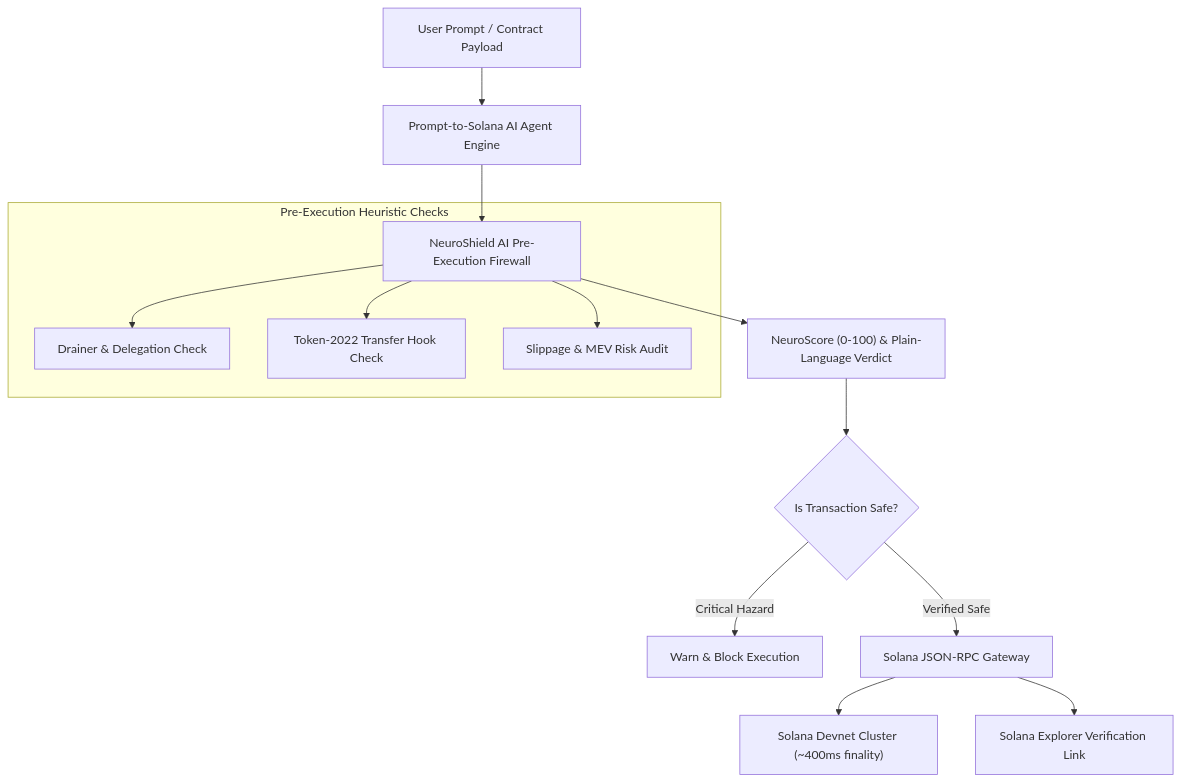
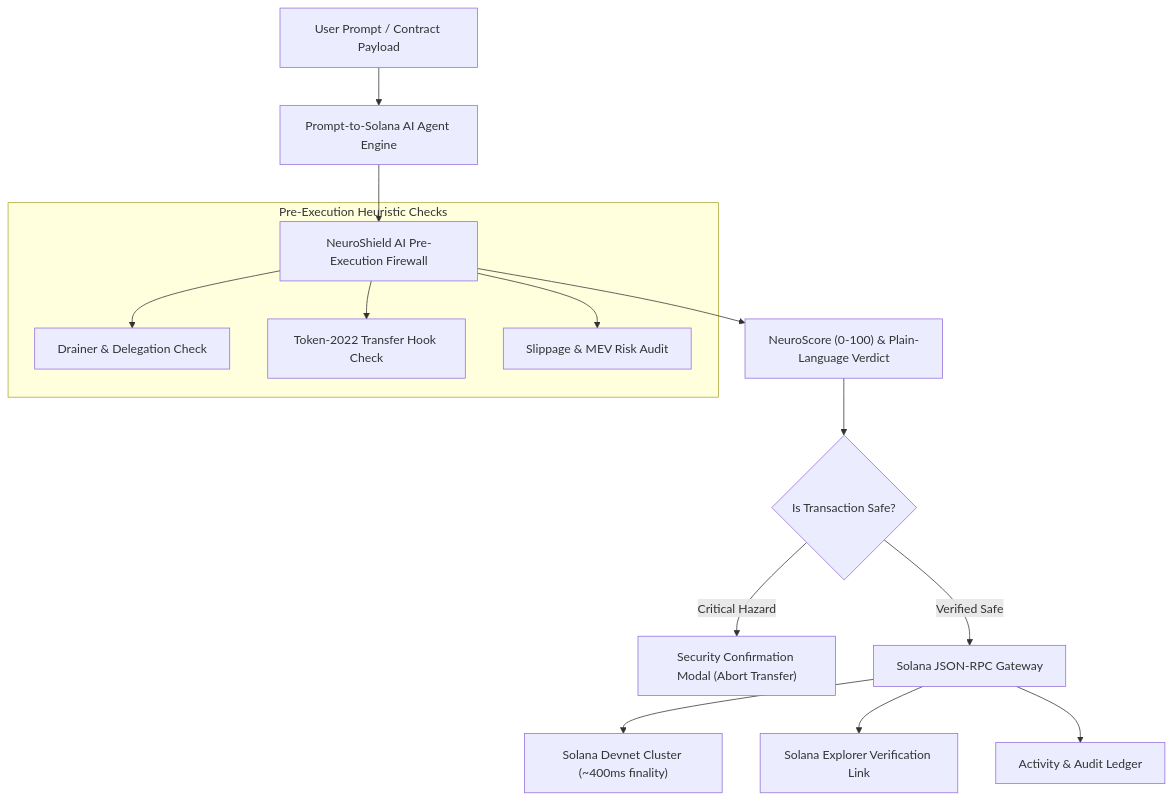
The diagram in README.md (Dev-Suraj-Dhawal/solana-neuroshield), drawn with Mermaid before and after one commit. The commit also changed other lines of this file and 9 other files, not shown here.

Commit message:
docs: add standard open-source documentation suite, architecture specs, and issue templates

````diff
--- a/README.md
+++ b/README.md
@@ -80,20 +101,21 @@
 ```mermaid
 flowchart TD
     User["User Prompt / Contract Payload"] --> Agent["Prompt-to-Solana AI Agent Engine"]
     Agent --> NeuroEngine["NeuroShield AI Pre-Execution Firewall"]
     
     subgraph PreExecutionChecks ["Pre-Execution Heuristic Checks"]
         NeuroEngine --> DrainerCheck["Drainer & Delegation Check"]
         NeuroEngine --> HoneypotCheck["Token-2022 Transfer Hook Check"]
         NeuroEngine --> SlippageCheck["Slippage & MEV Risk Audit"]
     end
     
     NeuroEngine --> Score["NeuroScore (0-100) & Plain-Language Verdict"]
     Score --> Validation{"Is Transaction Safe?"}
     
-    Validation -- "Critical Hazard" --> Block["Warn & Block Execution"]
+    Validation -- "Critical Hazard" --> ThreatModal["Security Confirmation Modal (Abort Transfer)"]
     Validation -- "Verified Safe" --> RpcClient["Solana JSON-RPC Gateway"]
     
     RpcClient --> Devnet["Solana Devnet Cluster (~400ms finality)"]
     RpcClient --> Explorer["Solana Explorer Verification Link"]
+    RpcClient --> Ledger["Activity & Audit Ledger"]
 ```
````
